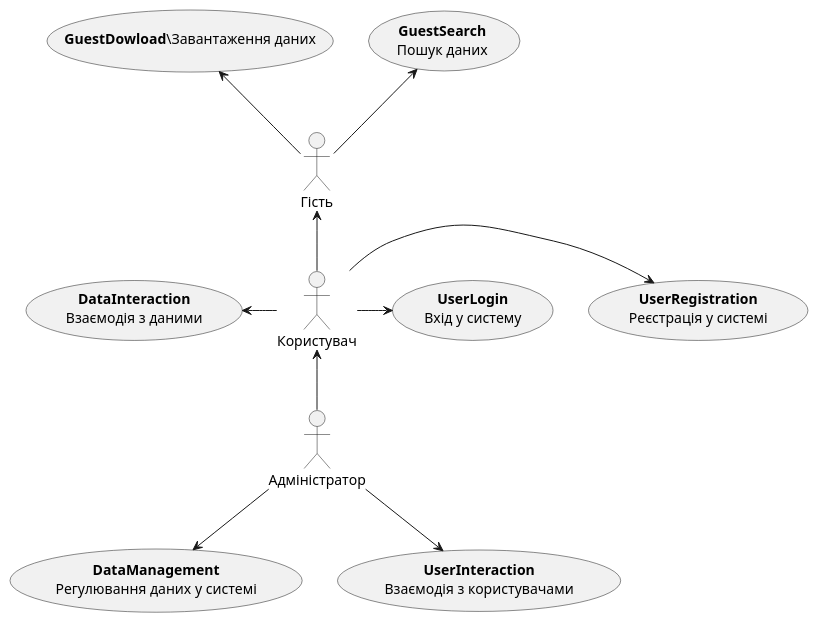
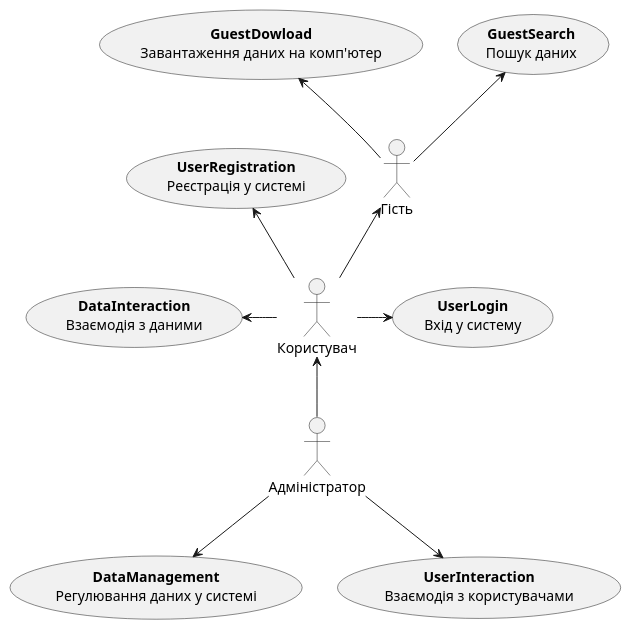
The first of 18 diagrams in docs/use cases/README.md (notnuff/edu_db_labs-IM-21), drawn with PlantUML before and after one commit. The commit also changed other lines of this file, not shown here.

Commit message:
update general schemes

```diff
--- a/docs/use cases/README.md
+++ b/docs/use cases/README.md
@@ -5,28 +5,28 @@
 @startuml
 
     actor "Гість" as Guest
     actor "Користувач" as User
     actor "Адміністратор" as Administrator
 
     usecase "<b>GuestSearch</b>\nПошук даних" as GuestSearch
-    usecase "<b>GuestDowload</b>\Завантаження даних" as GuestDowload
+    usecase "<b>GuestDowload</b>\nЗавантаження даних на комп'ютер" as GuestDowload
     usecase "<b>UserRegistration</b>\nРеєстрація у системі" as UserRegistration
     usecase "<b>UserLogin</b>\nВхід у систему" as UserLogin
     usecase "<b>DataInteraction</b>\nВзаємодія з даними" as DataInteraction
     usecase "<b>DataManagement</b>\nРегулювання даних у системі" as DataManagement
     usecase "<b>UserInteraction</b>\nВзаємодія з користувачами" as UserInteraction
 
     User -u-> Guest
     Administrator -u-> User
 
     Guest -u-> GuestSearch
     Guest -u-> GuestDowload
 
-    User -r->  UserRegistration
+    User -u->  UserRegistration
     User -r->  UserLogin
     User -l->  DataInteraction
 
     Administrator -d-> DataManagement
     Administrator -d-> UserInteraction
 
 @enduml
```
